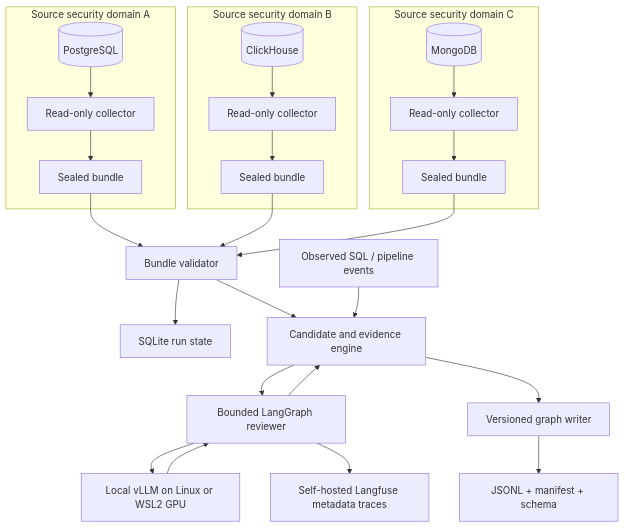
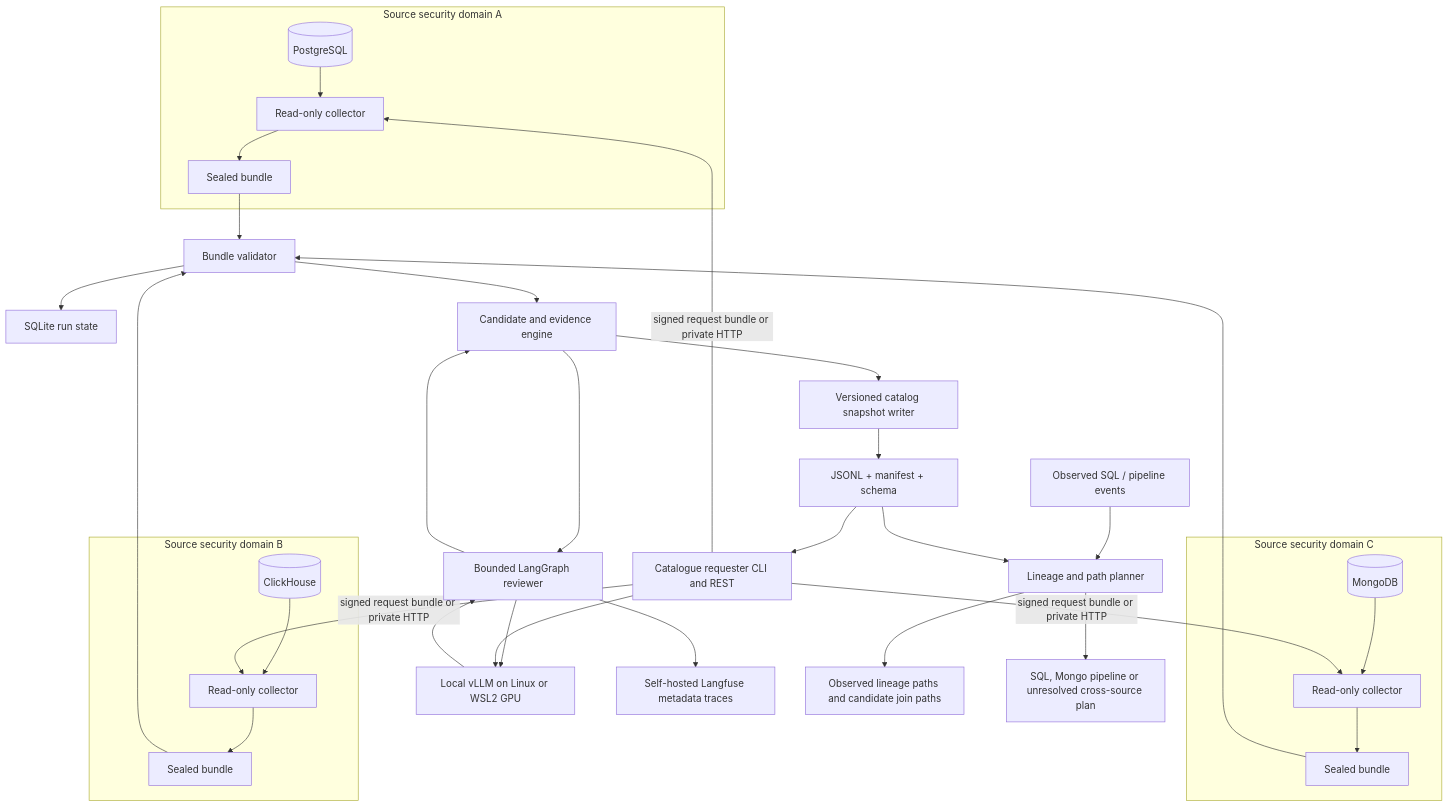
Before and after one commit to bayern4teams/db-catalogue: the diagram in TECHNICAL_IMPLEMENTATION.md, drawn with Mermaid. The commit also changed other lines of this file and 5 other files, not shown here.

Commit message:
Document independent requester and planner architecture

````diff
--- a/TECHNICAL_IMPLEMENTATION.md
+++ b/TECHNICAL_IMPLEMENTATION.md
@@ -15,28 +15,36 @@
 ```mermaid
 flowchart TB
   subgraph S1[Source security domain A]
     PG[(PostgreSQL)] --> C1[Read-only collector]
     C1 --> B1[Sealed bundle]
   end
   subgraph S2[Source security domain B]
     CH[(ClickHouse)] --> C2[Read-only collector]
     C2 --> B2[Sealed bundle]
   end
   subgraph S3[Source security domain C]
     MG[(MongoDB)] --> C3[Read-only collector]
     C3 --> B3[Sealed bundle]
   end
   B1 --> V[Bundle validator]
   B2 --> V
   B3 --> V
   V --> S[SQLite run state]
   V --> R[Candidate and evidence engine]
-  O[Observed SQL / pipeline events] --> R
+  O[Observed SQL / pipeline events] --> P[Lineage and path planner]
   R --> W[Bounded LangGraph reviewer]
   W --> VLLM[Local vLLM on Linux or WSL2 GPU]
   VLLM --> W
   W --> LF[Self-hosted Langfuse metadata traces]
   W --> R
-  R --> G[Versioned graph writer]
+  R --> G[Versioned catalog snapshot writer]
   G --> J[JSONL + manifest + schema]
+  J --> Q[Catalogue requester CLI and REST]
+  J --> P
+  Q -->|signed request bundle or private HTTP| C1
+  Q -->|signed request bundle or private HTTP| C2
+  Q -->|signed request bundle or private HTTP| C3
+  P --> LP[Observed lineage paths and candidate join paths]
+  P --> PL[SQL, Mongo pipeline or unresolved cross-source plan]
+  Q --> VLLM
 ```
````
